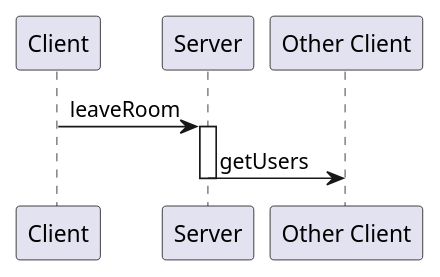
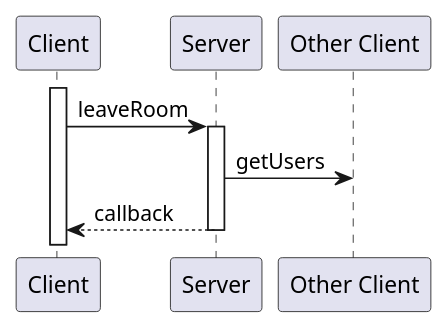
One commit to Dragicafit/Anime-Watch-Parties changed the diagram in wiki/resource/leaveRoom.puml. Above: the diagram before and after it, drawn with PlantUML. The commit also changed 21 other files, not shown here.

```diff
--- a/wiki/resource/leaveRoom.puml
+++ b/wiki/resource/leaveRoom.puml
@@ -1,8 +1,10 @@
 @startuml leaveRoom
 
+activate Client
 Client -> Server: leaveRoom
 activate Server
 Server -> "Other Client": getUsers
+Client <-- Server: callback
 deactivate Server
 
 @enduml
```
